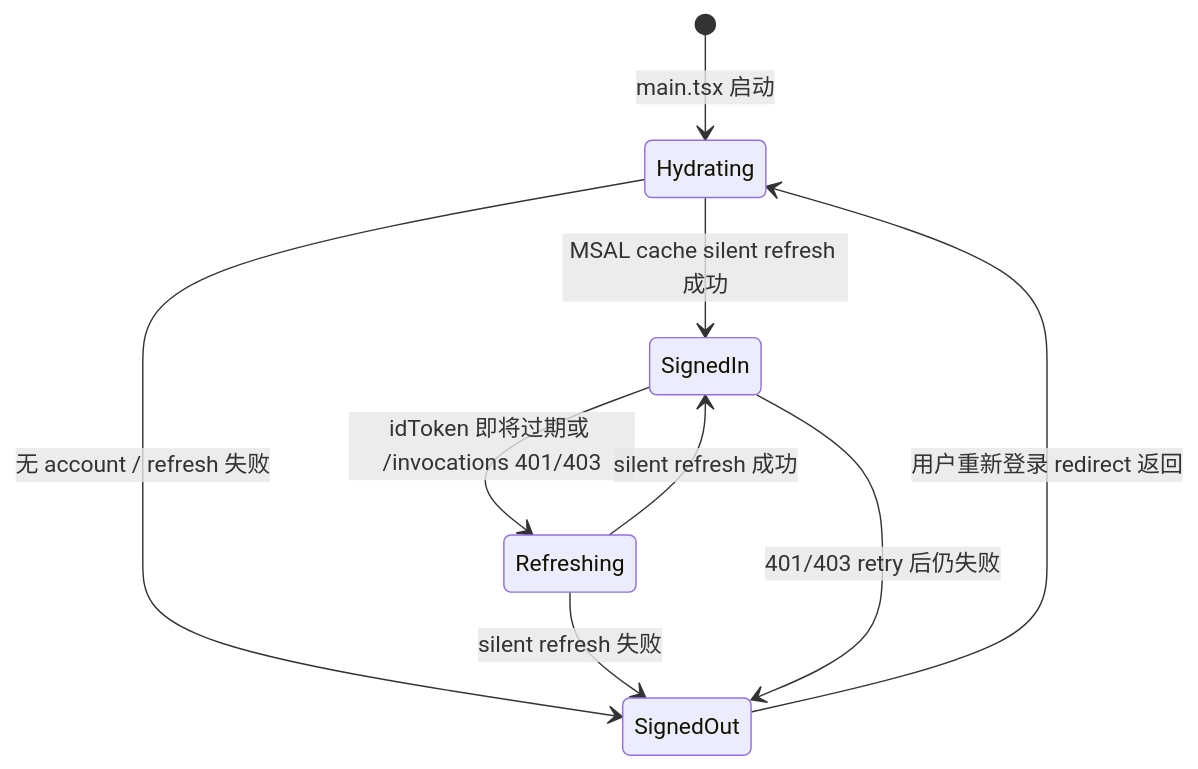
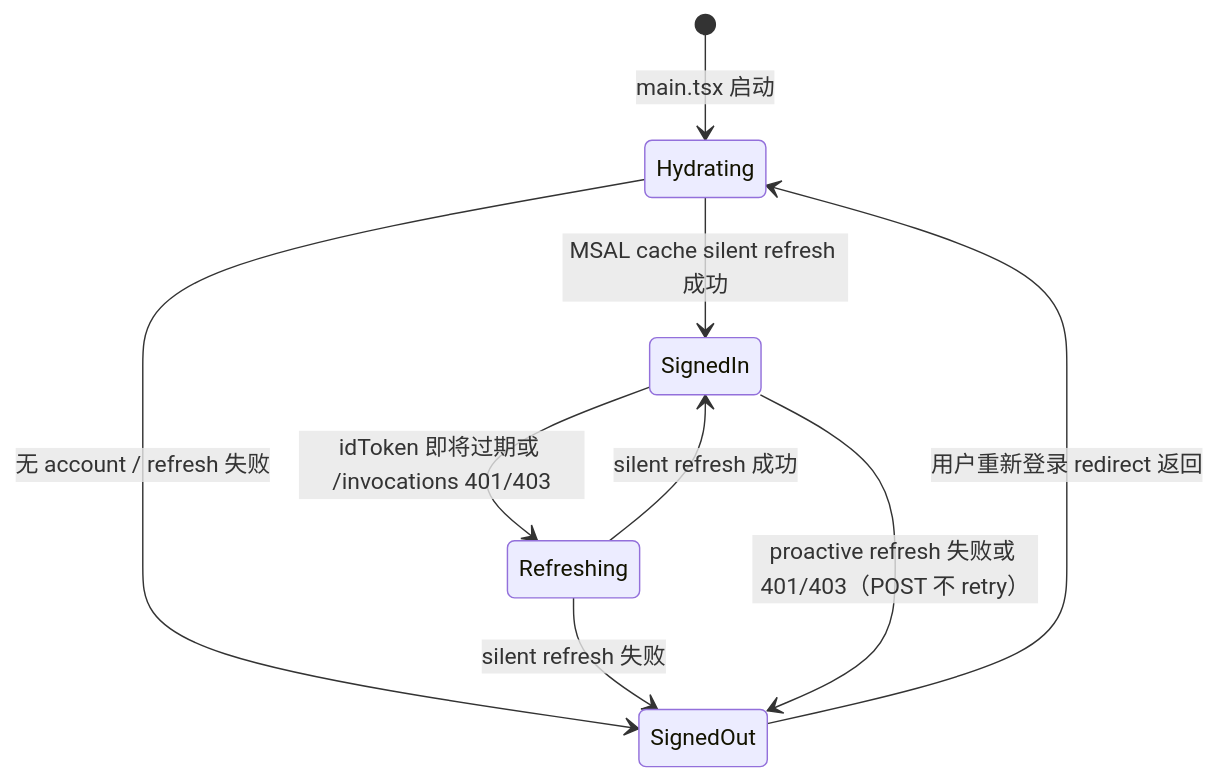
The fifth of 14 diagrams in personal-assistant-meta/architecture/frontend_architecture.md (T-1009/personal-assistant), drawn with Mermaid before and after one commit. The commit also changed other lines of this file and 105 other files, not shown here.

````diff
--- a/personal-assistant-meta/architecture/frontend_architecture.md
+++ b/personal-assistant-meta/architecture/frontend_architecture.md
@@ -176,11 +198,11 @@
 ```mermaid
 stateDiagram-v2
     [*] --> Hydrating: main.tsx 启动
     Hydrating --> SignedIn: MSAL cache silent refresh 成功
     Hydrating --> SignedOut: 无 account / refresh 失败
     SignedIn --> Refreshing: idToken 即将过期或 /invocations 401/403
     Refreshing --> SignedIn: silent refresh 成功
     Refreshing --> SignedOut: silent refresh 失败
-    SignedIn --> SignedOut: 401/403 retry 后仍失败
+    SignedIn --> SignedOut: proactive refresh 失败或 401/403（POST 不 retry）
     SignedOut --> Hydrating: 用户重新登录 redirect 返回
 ```
````
